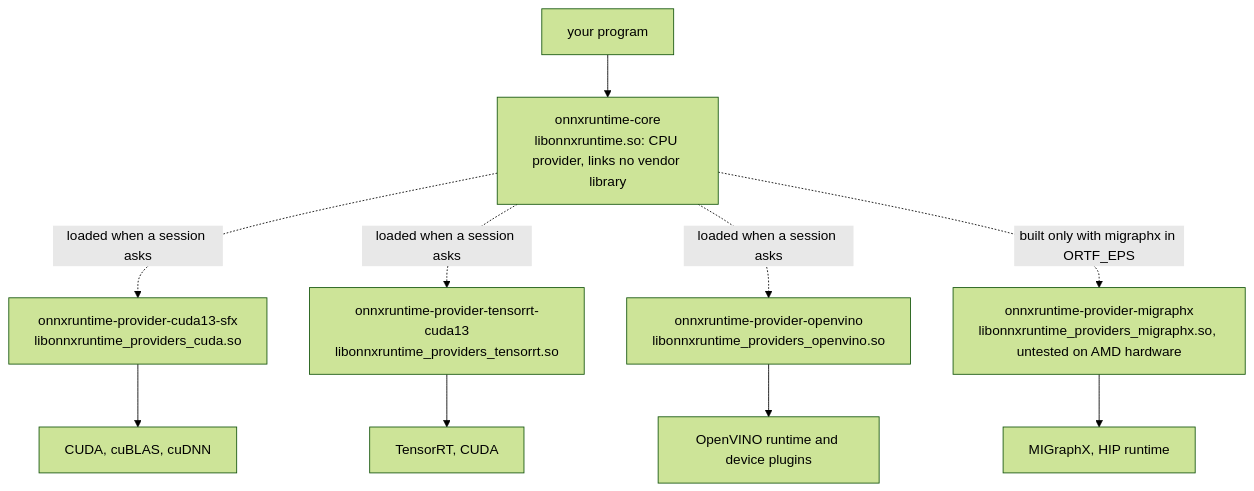
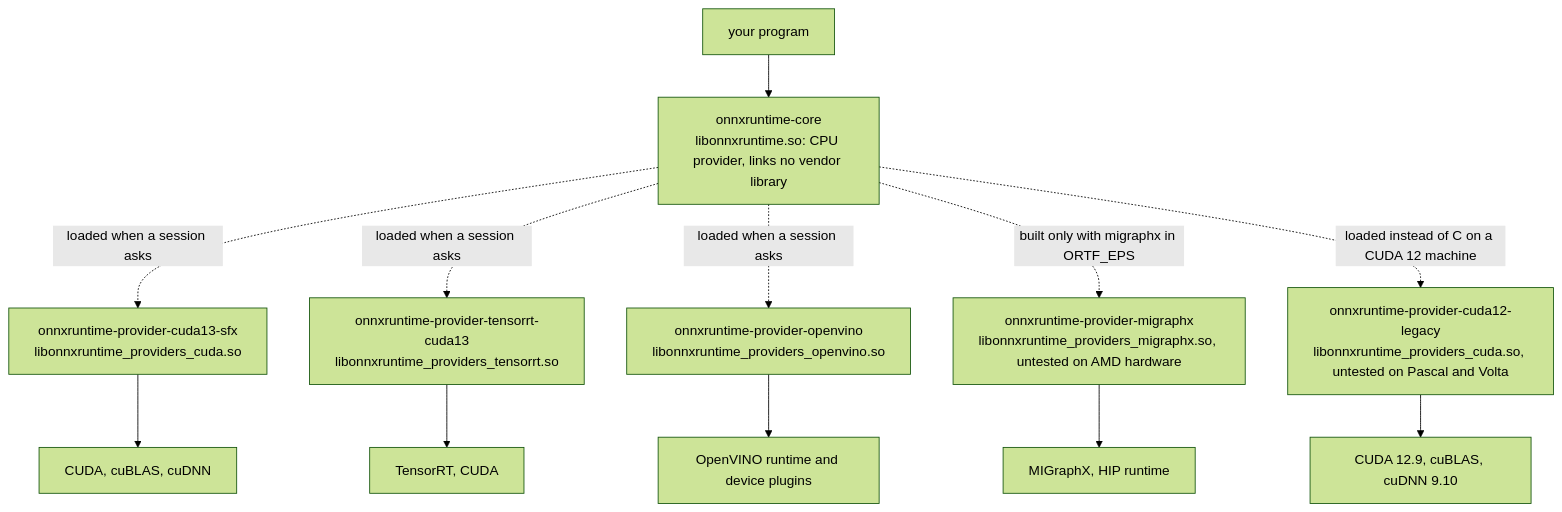
The diagram in docs/engines.md (rsd/omarchy-onnxruntime), drawn with Mermaid (forest theme) before and after one commit. The commit also changed other lines of this file and 19 other files, not shown here.

````diff
--- a/docs/engines.md
+++ b/docs/engines.md
@@ -5,12 +5,14 @@
 ```mermaid
 flowchart TD
     A[your program] --> B[onnxruntime-core<br/>libonnxruntime.so: CPU provider, links no vendor library]
     B -. loaded when a session asks .-> C[onnxruntime-provider-cuda13-sfx<br/>libonnxruntime_providers_cuda.so]
     B -. loaded when a session asks .-> D[onnxruntime-provider-tensorrt-cuda13<br/>libonnxruntime_providers_tensorrt.so]
     B -. loaded when a session asks .-> E[onnxruntime-provider-openvino<br/>libonnxruntime_providers_openvino.so]
     B -. built only with migraphx in ORTF_EPS .-> I[onnxruntime-provider-migraphx<br/>libonnxruntime_providers_migraphx.so, untested on AMD hardware]
+    B -. loaded instead of C on a CUDA 12 machine .-> K[onnxruntime-provider-cuda12-legacy<br/>libonnxruntime_providers_cuda.so, untested on Pascal and Volta]
     C --> F[CUDA, cuBLAS, cuDNN]
     D --> G[TensorRT, CUDA]
     E --> H[OpenVINO runtime and device plugins]
     I --> J[MIGraphX, HIP runtime]
+    K --> L[CUDA 12.9, cuBLAS, cuDNN 9.10]
 ```
````
